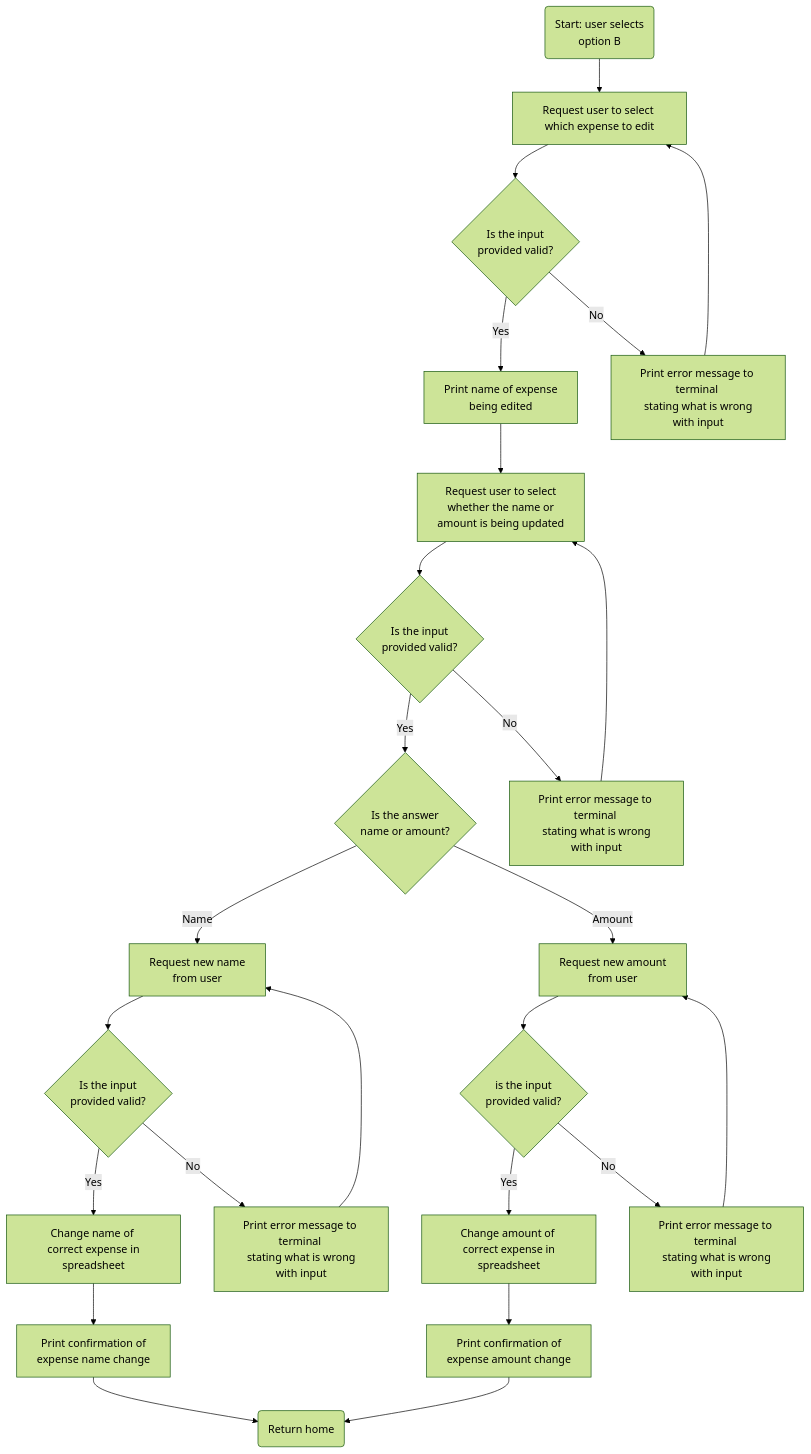
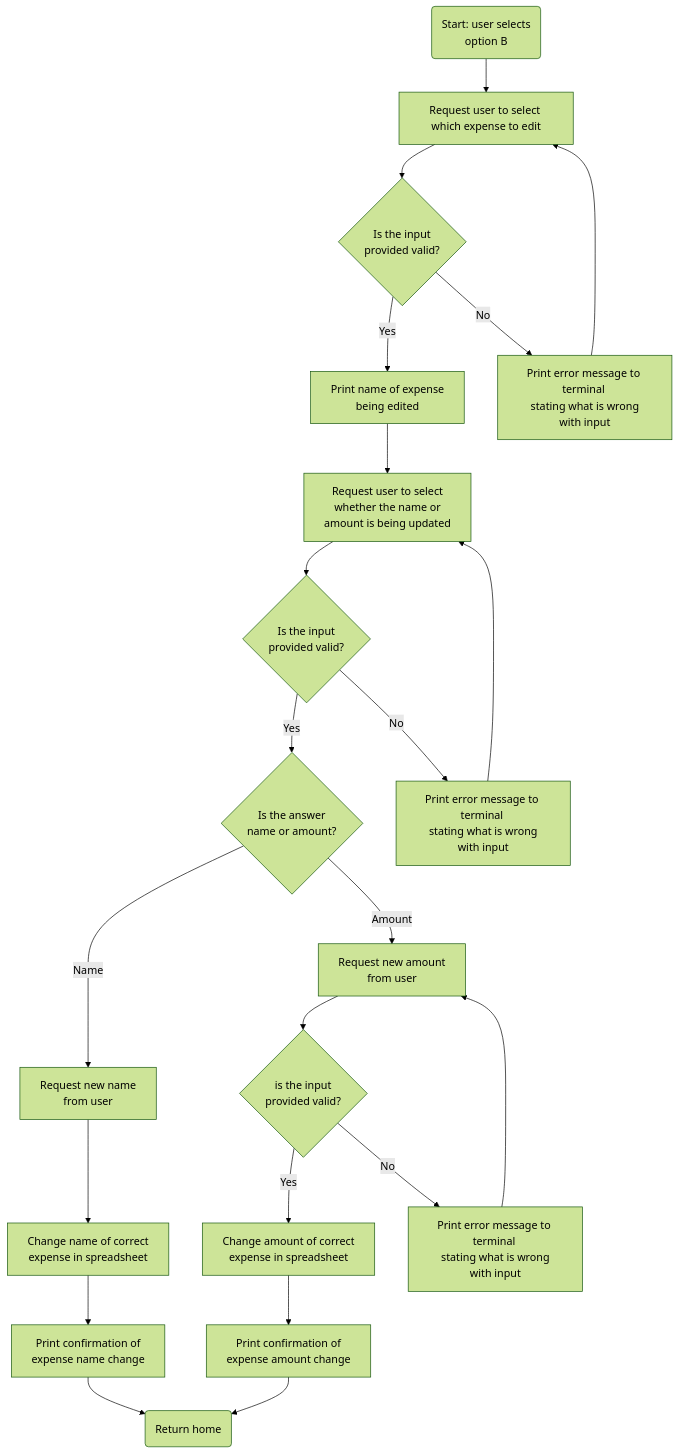
One commit to EvitaKnits/Cashflow-Companion changed the sixth of 8 diagrams in README.md. Above: the diagram before and after it, drawn with Mermaid (forest theme). The commit also changed other lines of this file, not shown here.

Commit message:
Update flowcharts in readme from bm bug one changes

````diff
--- a/README.md
+++ b/README.md
@@ -238,27 +230,24 @@
 ```mermaid
 flowchart TD
     A(Start: user selects \n option B) --> B[Request user to select which expense to edit]
     B --> C{Is the input \n provided valid?}
     C -->|Yes| E[Print name of expense \n being edited]
     C -->|No| D[Print error message to terminal \n stating what is wrong with input]
     D -->B
     E -->F[Request user to select \n whether the name or \n amount is being updated]
     F --> G{Is the input \n provided valid?}
     G -->|Yes| I{Is the answer \n name or amount?} 
     G -->|No| J[Print error message to terminal \n stating what is wrong with input]
     J --> F
     I -->|Name| K[Request new name \n from user]
     I -->|Amount| L[Request new amount \n from user]
-    K --> M{Is the input \n provided valid?}
+    K --> M[Change name of correct \n expense in spreadsheet]
     L --> N{is the input \n provided valid?}
-    M -->|Yes| Q[Change name of \n correct expense in spreadsheet]
-    M -->|No| O[Print error message to terminal \n stating what is wrong with input]
-    O --> K
-    N -->|Yes| R[Change amount of \n correct expense in spreadsheet]
+    N -->|Yes| R[Change amount of correct \n expense in spreadsheet]
     N -->|No| P[Print error message to terminal \n stating what is wrong with input]    
     P --> L
-    Q --> S[Print confirmation of \n expense name change]
+    M --> S[Print confirmation of \n expense name change]
     R --> T[Print confirmation of \n expense amount change]
     S --> U(Return home)
     T --> U
 ```
````
